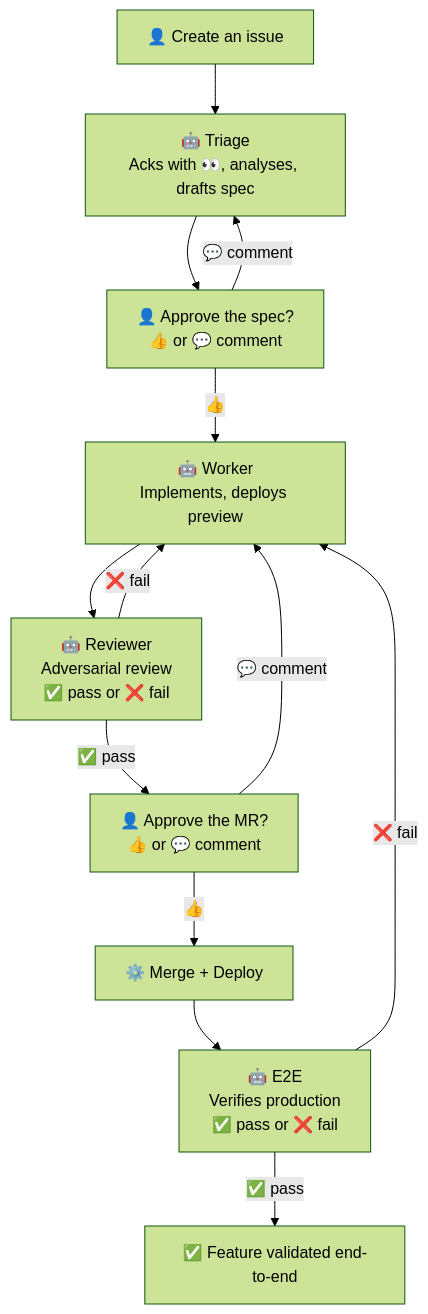
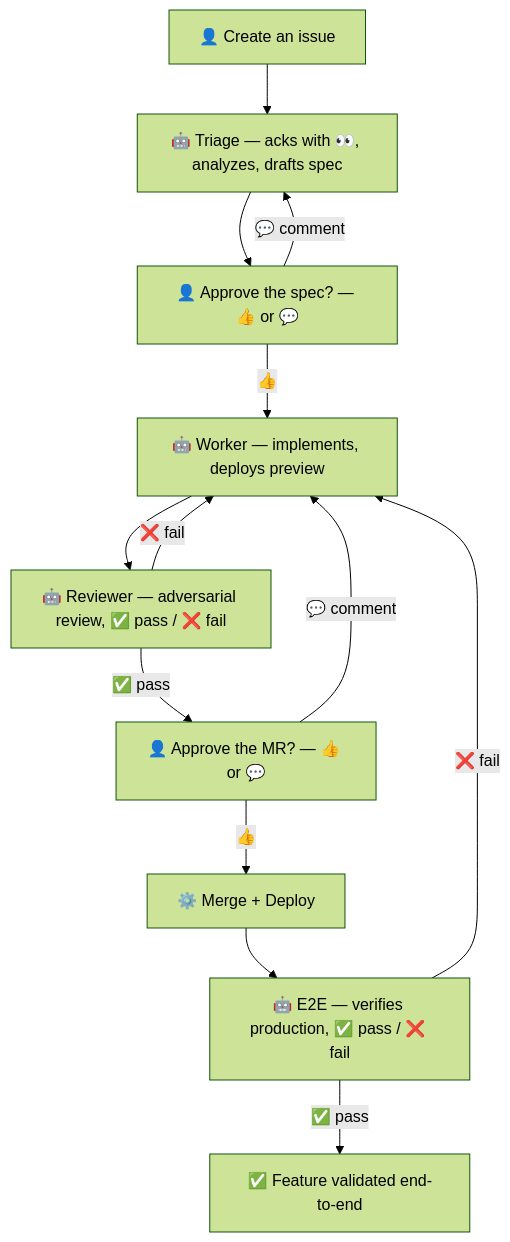
Before and after one commit to ankaboot-source/boucle: the diagram in README.md, drawn with Mermaid (forest theme). The commit also changed other lines of this file, not shown here.

Commit message:
docs(readme): merge Why sections, fix mermaid + TOC anchors [skip ci]

````diff
--- a/README.md
+++ b/README.md
@@ -176,15 +176,15 @@
 ```mermaid
 flowchart TD
-    H1["👤 Create an issue"] --> T["🤖 Triage<br/>Acks with 👀, analyses, drafts spec"]
-    T --> H2["👤 Approve the spec?<br/>👍 or 💬 comment"]
-    H2 -->|👍| W["🤖 Worker<br/>Implements, deploys preview"]
-    H2 -->|💬 comment| T
-    W --> R["🤖 Reviewer<br/>Adversarial review<br/>✅ pass or ❌ fail"]
-    R -->|✅ pass| H3["👤 Approve the MR?<br/>👍 or 💬 comment"]
-    R -->|❌ fail| W
-    H3 -->|👍| M["⚙️ Merge + Deploy"]
-    H3 -->|💬 comment| W
-    M --> E["🤖 E2E<br/>Verifies production<br/>✅ pass or ❌ fail"]
-    E -->|✅ pass| D["✅ Feature validated end-to-end"]
-    E -->|❌ fail| W
+    H1["👤 Create an issue"] --> T["🤖 Triage — acks with 👀, analyzes, drafts spec"]
+    T --> H2["👤 Approve the spec? — 👍 or 💬"]
+    H2 -->|"👍"| W["🤖 Worker — implements, deploys preview"]
+    H2 -->|"💬 comment"| T
+    W --> R["🤖 Reviewer — adversarial review, ✅ pass / ❌ fail"]
+    R -->|"✅ pass"| H3["👤 Approve the MR? — 👍 or 💬"]
+    R -->|"❌ fail"| W
+    H3 -->|"👍"| M["⚙️ Merge + Deploy"]
+    H3 -->|"💬 comment"| W
+    M --> E["🤖 E2E — verifies production, ✅ pass / ❌ fail"]
+    E -->|"✅ pass"| D["✅ Feature validated end-to-end"]
+    E -->|"❌ fail"| W
 ```
````
